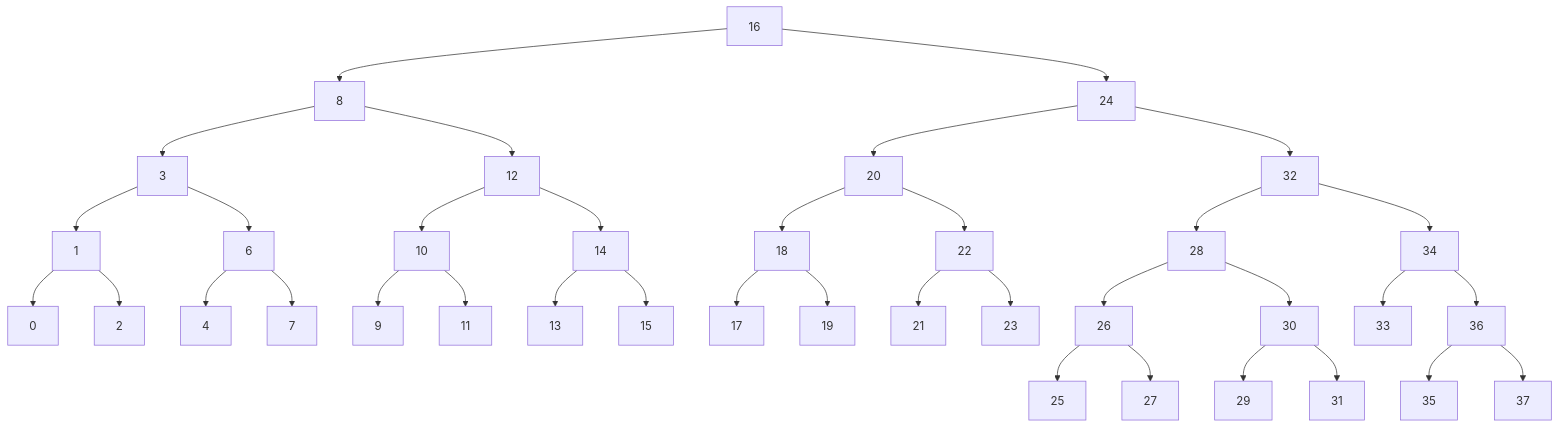
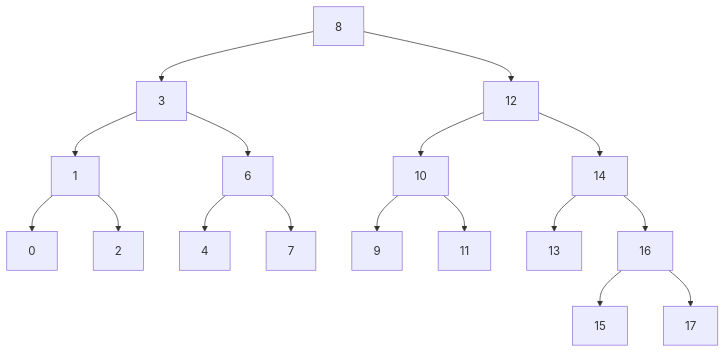
Before and after one commit to ilezEsiev/hugo-serv-workers: the diagram in hugo/content/tasks/binary.md, drawn with Mermaid. The commit also changed 18 other files, not shown here.

```diff
--- a/hugo/content/tasks/binary.md
+++ b/hugo/content/tasks/binary.md
@@ -10,39 +10,19 @@
 {{< mermaid >}}
 graph TD
-16 --> 8
 8 --> 3
 3 --> 1
 1 --> 0
 1 --> 2
 3 --> 6
 6 --> 4
 6 --> 7
 8 --> 12
 12 --> 10
 10 --> 9
 10 --> 11
 12 --> 14
 14 --> 13
-14 --> 15
-16 --> 24
-24 --> 20
-20 --> 18
-18 --> 17
-18 --> 19
-20 --> 22
-22 --> 21
-22 --> 23
-24 --> 32
-32 --> 28
-28 --> 26
-26 --> 25
-26 --> 27
-28 --> 30
-30 --> 29
-30 --> 31
-32 --> 34
-34 --> 33
-34 --> 36
-36 --> 35
-36 --> 37
+14 --> 16
+16 --> 15
+16 --> 17
 {{< /mermaid >}}
```
